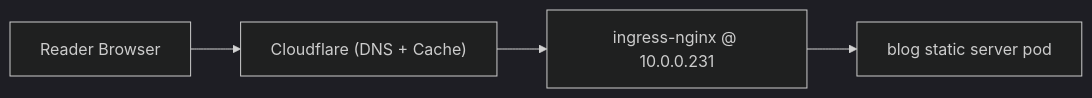
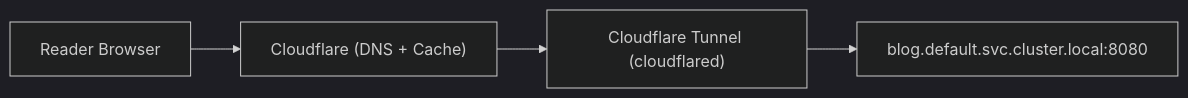
The diagram in docs/blog-static-site-gitops-deployment-plan.md (khzaw/rangoonpulse), drawn with Mermaid (dark theme) before and after one commit. The commit also changed other lines of this file and 3 other files, not shown here.

````diff
--- a/docs/blog-static-site-gitops-deployment-plan.md
+++ b/docs/blog-static-site-gitops-deployment-plan.md
@@ -40,6 +41,6 @@
 ```mermaid
 flowchart LR
   A["Reader Browser"] --> B["Cloudflare (DNS + Cache)"]
-  B --> C["ingress-nginx @ 10.0.0.231"]
-  C --> D["blog static server pod"]
+  B --> C["Cloudflare Tunnel (cloudflared)"]
+  C --> D["blog.default.svc.cluster.local:8080"]
 ```
````
